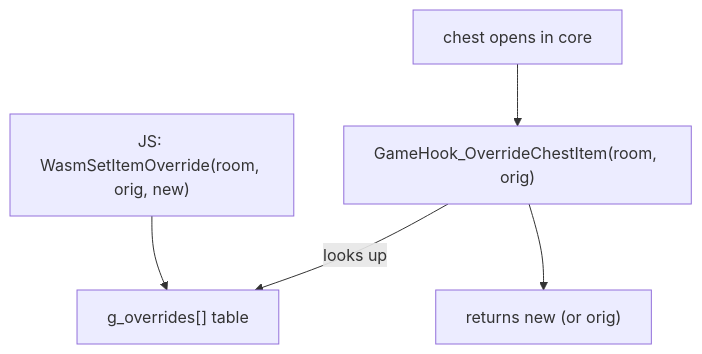
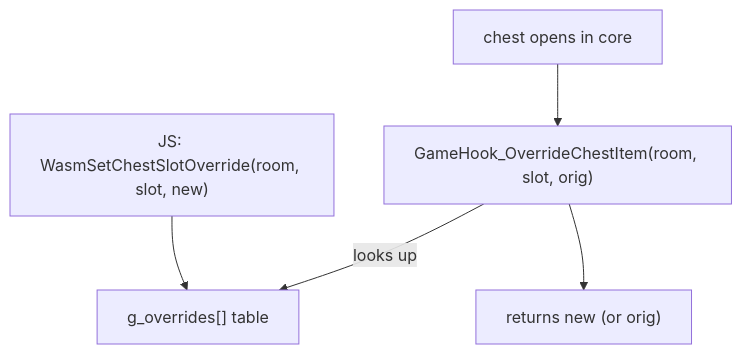
The diagram in docs/hooks/item-overrides.md (drizztdourden08/relic-of-the-past), drawn with Mermaid before and after one commit. The commit also changed other lines of this file and 7 other files, not shown here.

````diff
--- a/docs/hooks/item-overrides.md
+++ b/docs/hooks/item-overrides.md
@@ -20,7 +23,7 @@
 ```mermaid
 flowchart TD
-    JS["JS: WasmSetItemOverride(room, orig, new)"] --> T["g_overrides[] table"]
-    CHEST["chest opens in core"] --> HOOK["GameHook_OverrideChestItem(room, orig)"]
+    JS["JS: WasmSetChestSlotOverride(room, slot, new)"] --> T["g_overrides[] table"]
+    CHEST["chest opens in core"] --> HOOK["GameHook_OverrideChestItem(room, slot, orig)"]
     HOOK -->|"looks up"| T
     HOOK --> RET["returns new (or orig)"]
 ```
````
